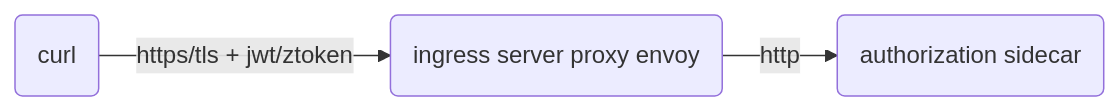
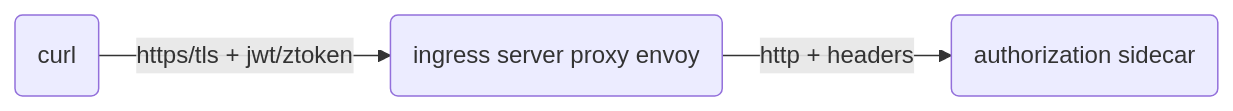
One commit to ctyano/athenz-distribution changed the sixth of 17 diagrams in docs/ENVOY.md. Above: the diagram before and after it, drawn with Mermaid. The commit also changed other lines of this file and 5 other files, not shown here.

````diff
--- a/docs/ENVOY.md
+++ b/docs/ENVOY.md
@@ -88,4 +88,4 @@
 ```mermaid
 flowchart LR
-A(curl) -->|https/tls + jwt/ztoken| B(ingress server proxy envoy) -->|http| C(authorization sidecar)
+A(curl) -->|https/tls + jwt/ztoken| B(ingress server proxy envoy) -->|http + headers| C(authorization sidecar)
 ```
````
